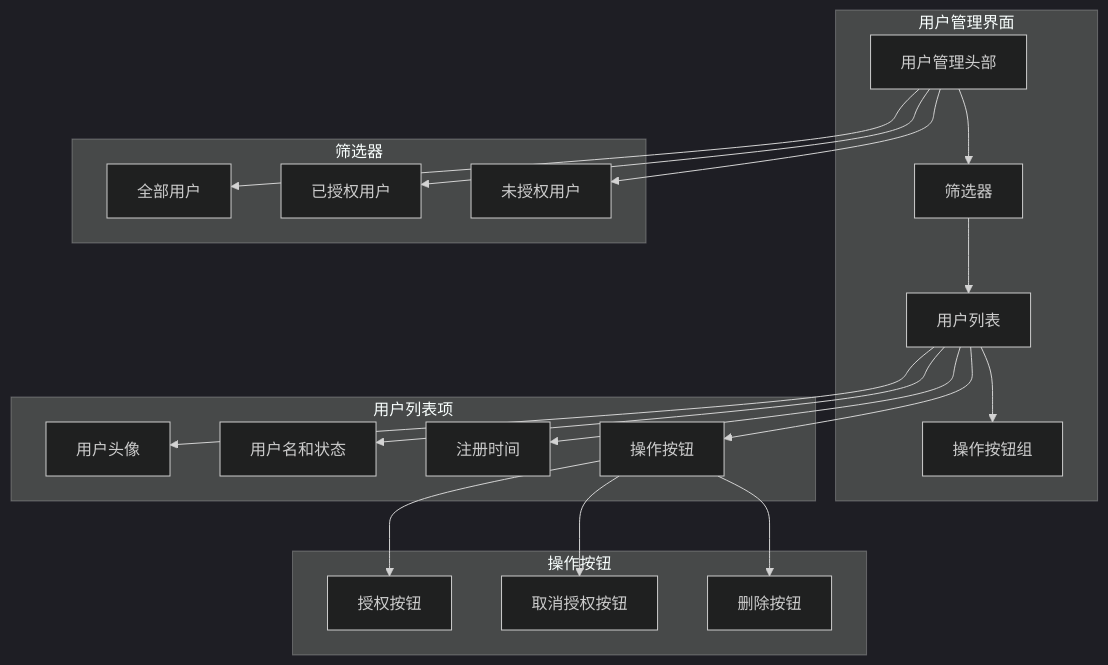
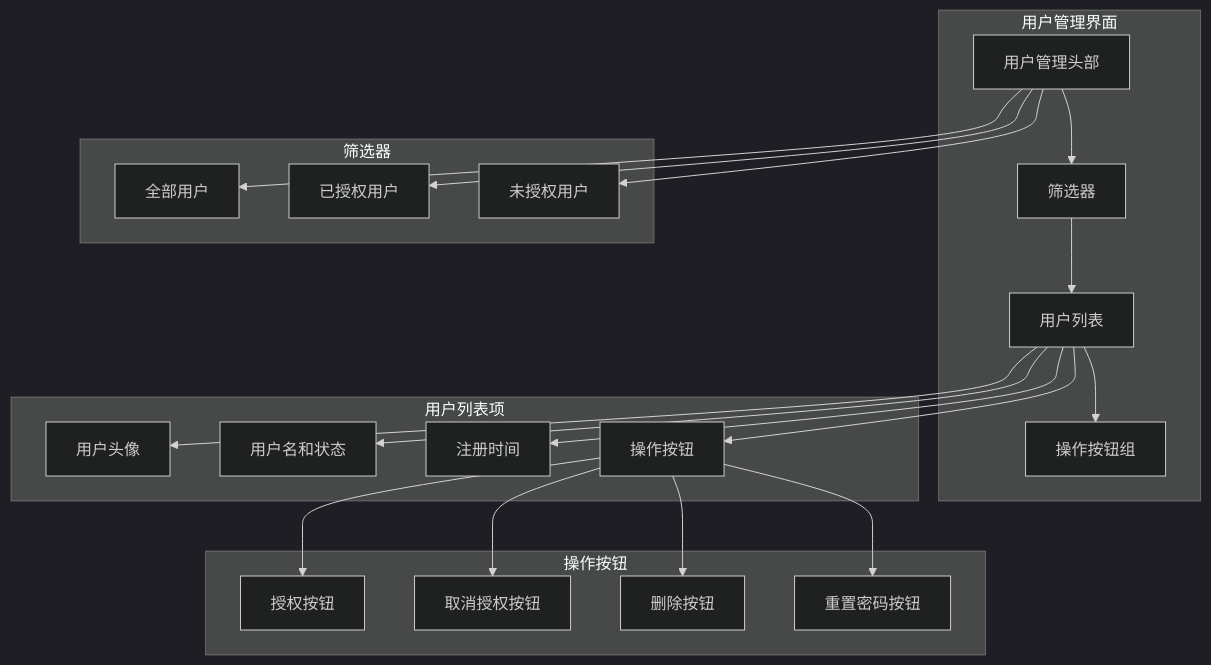
One commit to 20164206160/zhishilu changed the eighth of 18 diagrams in .qoder/repowiki/zh/content/Profile View.md. Above: the diagram before and after it, drawn with Mermaid (dark theme). The commit also changed other lines of this file and 16 other files, not shown here.

````diff
--- a/.qoder/repowiki/zh/content/Profile View.md
+++ b/.qoder/repowiki/zh/content/Profile View.md
@@ -392,34 +422,36 @@
 ```mermaid
 graph TB
 subgraph "用户管理界面"
 A[用户管理头部] --> B[筛选器]
 B --> C[用户列表]
 C --> D[操作按钮组]
 end
 subgraph "筛选器"
 E[全部用户]
 F[已授权用户]
 G[未授权用户]
 end
 subgraph "用户列表项"
 H[用户头像]
 I[用户名和状态]
 J[注册时间]
 K[操作按钮]
 end
 subgraph "操作按钮"
 L[授权按钮]
 M[取消授权按钮]
 N[删除按钮]
+O[重置密码按钮]
 end
 A --> E
 A --> F
 A --> G
 C --> H
 C --> I
 C --> J
 C --> K
 K --> L
 K --> M
 K --> N
+K --> O
 ```
````
